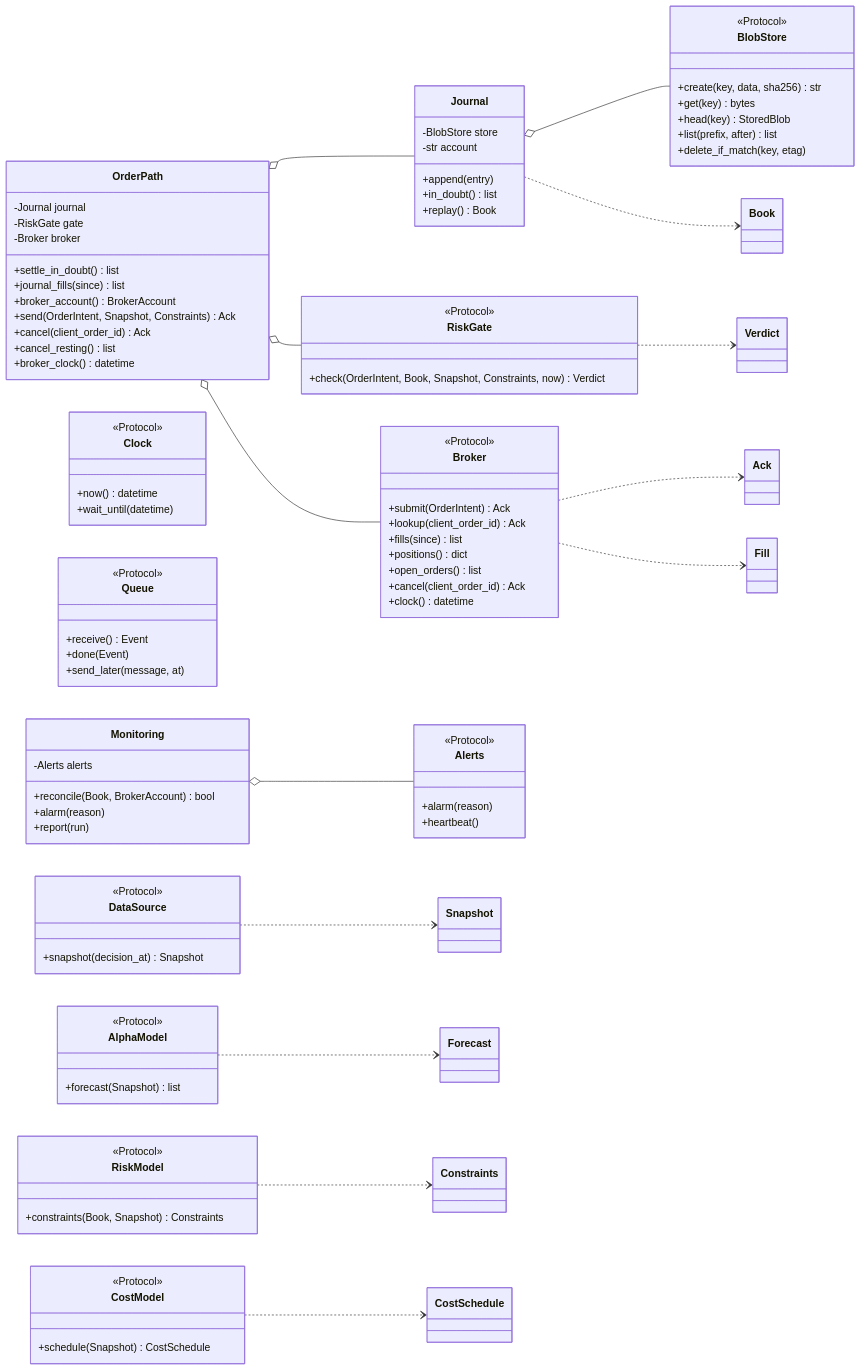
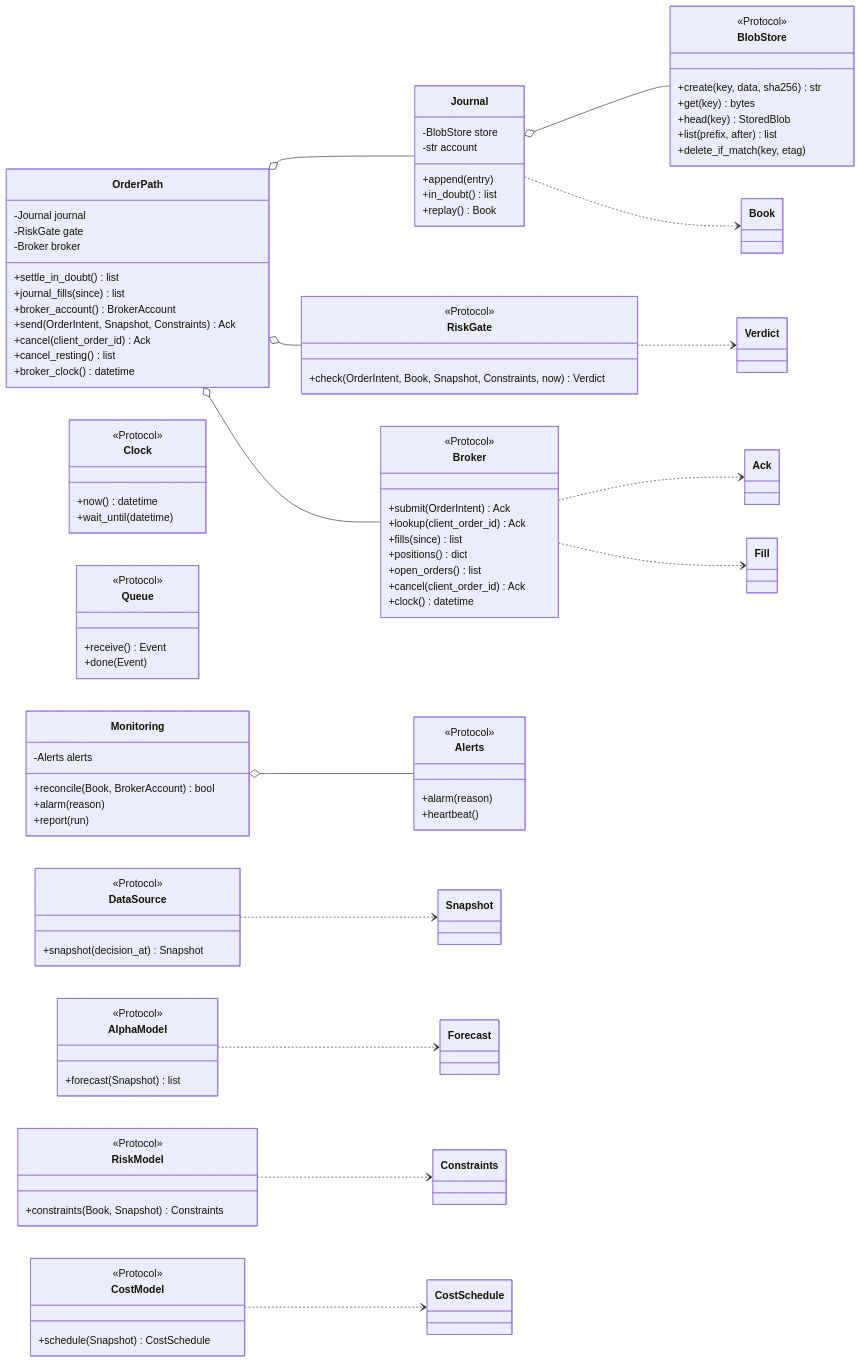
Before and after one commit to l3a0/ithildin-runtime: diagram 11 of 16 in docs/architecture.md, drawn with Mermaid. The commit also changed other lines of this file and 2 other files, not shown here.

```diff
--- a/docs/architecture.md
+++ b/docs/architecture.md
@@ -1302,11 +1308,10 @@
         +now() datetime
         +wait_until(datetime)
     }
-        class Queue {
+            class Queue {
         <<Protocol>>
         +receive() Event
         +done(Event)
-        +send_later(message, at)
     }
     class Broker {
         <<Protocol>>
```
